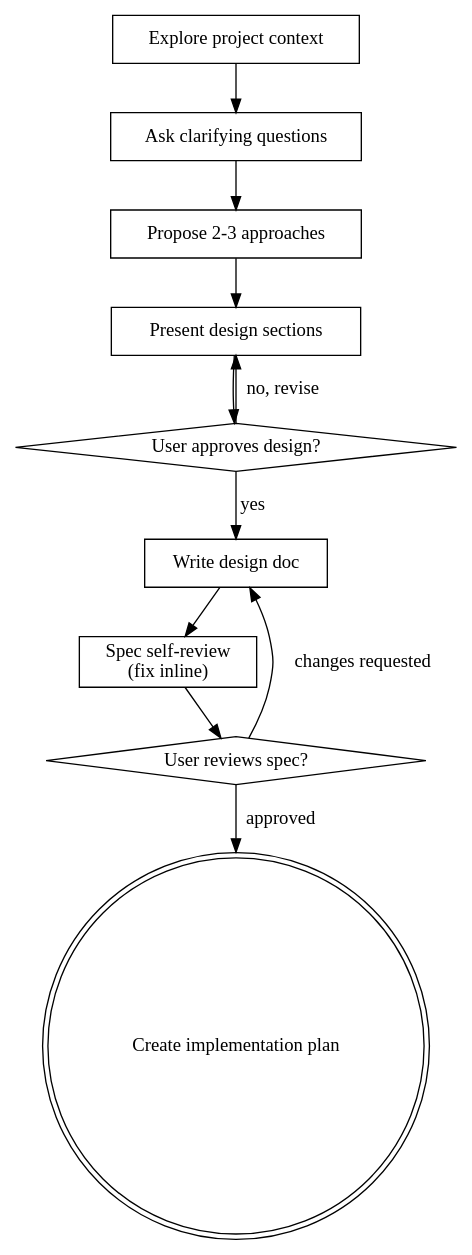
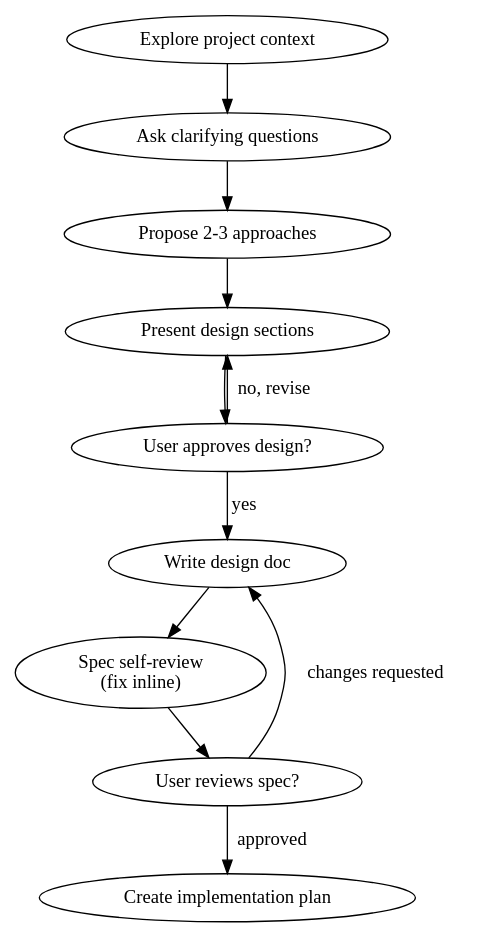
The diagram in skills/brainstorming/SKILL.md (nurmdrafi/my-pi-coding-agent), drawn with Graphviz before and after one commit. The commit also changed other lines of this file and 68 other files, not shown here.

````diff
--- a/skills/brainstorming/SKILL.md
+++ b/skills/brainstorming/SKILL.md
@@ -37,24 +37,14 @@
 ```dot
 digraph brainstorming {
-    "Explore project context" [shape=box];
-    "Ask clarifying questions" [shape=box];
-    "Propose 2-3 approaches" [shape=box];
-    "Present design sections" [shape=box];
-    "User approves design?" [shape=diamond];
-    "Write design doc" [shape=box];
-    "Spec self-review\n(fix inline)" [shape=box];
-    "User reviews spec?" [shape=diamond];
-    "Create implementation plan" [shape=doublecircle];
-
     "Explore project context" -> "Ask clarifying questions";
     "Ask clarifying questions" -> "Propose 2-3 approaches";
     "Propose 2-3 approaches" -> "Present design sections";
     "Present design sections" -> "User approves design?";
+    "User approves design?" -> "Write design doc" [label="yes"];
     "User approves design?" -> "Present design sections" [label="no, revise"];
-    "User approves design?" -> "Write design doc" [label="yes"];
     "Write design doc" -> "Spec self-review\n(fix inline)";
     "Spec self-review\n(fix inline)" -> "User reviews spec?";
     "User reviews spec?" -> "Write design doc" [label="changes requested"];
     "User reviews spec?" -> "Create implementation plan" [label="approved"];
 }
 ```
````
